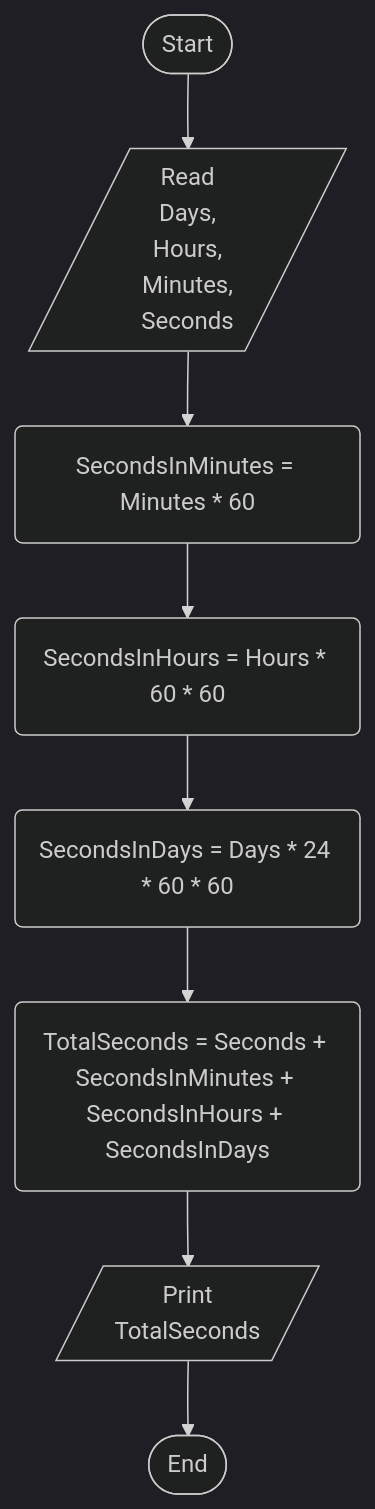
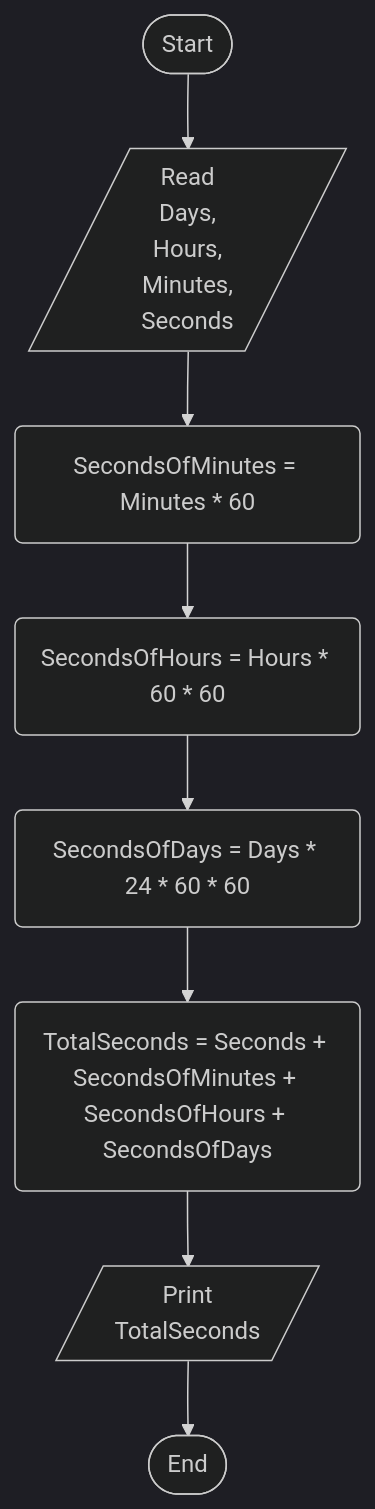
One commit to M4MD24/Algorithms-and-Problem-Solving-Level-1-by-Programming-Advices changed the diagram in src/_40_problem_42/Problem42.mmd. Above: the diagram before and after it, drawn with Mermaid (dark theme).

Commit message:
# Edit Solved Problem 42

```diff
--- a/src/_40_problem_42/Problem42.mmd
+++ b/src/_40_problem_42/Problem42.mmd
@@ -1,20 +1,20 @@
 %% Write a program to calculate the task duration in seconds and print it on screen
 %% Given the time duration of a task in the number of days, hours, minutes and seconds
 %% Steps
 %% Step 1: Ask the user to enter (Days, Hours, Minutes and Seconds)
-%% Step 2: SecondsInMinutes = Minutes * 60
-%% Step 3: SecondsInHours = Hours * 60 * 60
-%% Step 4: SecondsInDays = Days * 24 * 60 * 60
-%% Step 5: TotalSeconds = Seconds + SecondsInMinutes + SecondsInHours + SecondsInDays
+%% Step 2: SecondsOfMinutes = Minutes * 60
+%% Step 3: SecondsOfHours = Hours * 60 * 60
+%% Step 4: SecondsOfDays = Days * 24 * 60 * 60
+%% Step 5: TotalSeconds = Seconds + SecondsOfMinutes + SecondsOfHours + SecondsOfDays
 %% Step 6: Print TotalSeconds
 
 flowchart TD
     Start([Start])
     Read_Days,Hours,Minutes,Seconds[/Read\nDays,\nHours,\nMinutes,\nSeconds/]
-    SecondsInMinutes(SecondsInMinutes = Minutes * 60)
-    SecondsInHours(SecondsInHours = Hours * 60 * 60)
-    SecondsInDays(SecondsInDays = Days * 24 * 60 * 60)
-    TotalSeconds(TotalSeconds = Seconds + SecondsInMinutes + SecondsInHours + SecondsInDays)
+    SecondsOfMinutes(SecondsOfMinutes = Minutes * 60)
+    SecondsOfHours(SecondsOfHours = Hours * 60 * 60)
+    SecondsOfDays(SecondsOfDays = Days * 24 * 60 * 60)
+    TotalSeconds(TotalSeconds = Seconds + SecondsOfMinutes + SecondsOfHours + SecondsOfDays)
     PrintTotalSeconds[/Print\nTotalSeconds/]
     End([End])
-    Start --> Read_Days,Hours,Minutes,Seconds --> SecondsInMinutes --> SecondsInHours --> SecondsInDays --> TotalSeconds --> PrintTotalSeconds --> End
+    Start --> Read_Days,Hours,Minutes,Seconds --> SecondsOfMinutes --> SecondsOfHours --> SecondsOfDays --> TotalSeconds --> PrintTotalSeconds --> End
```
